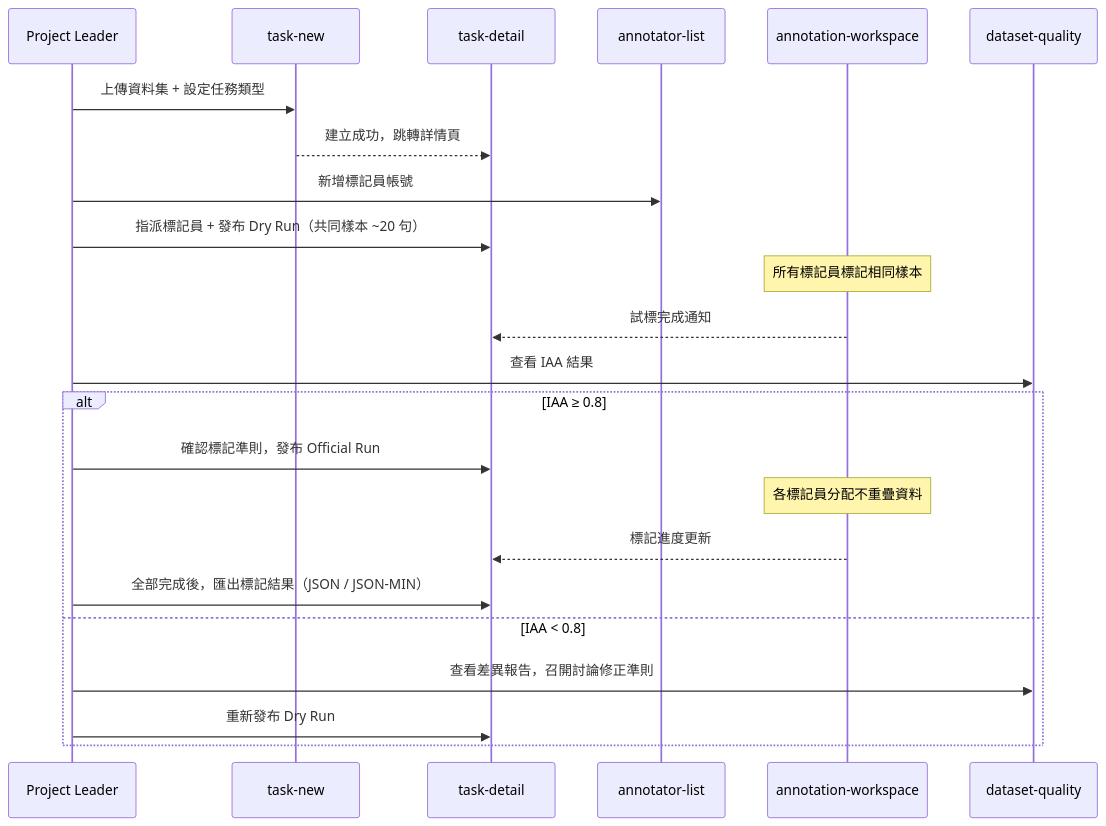
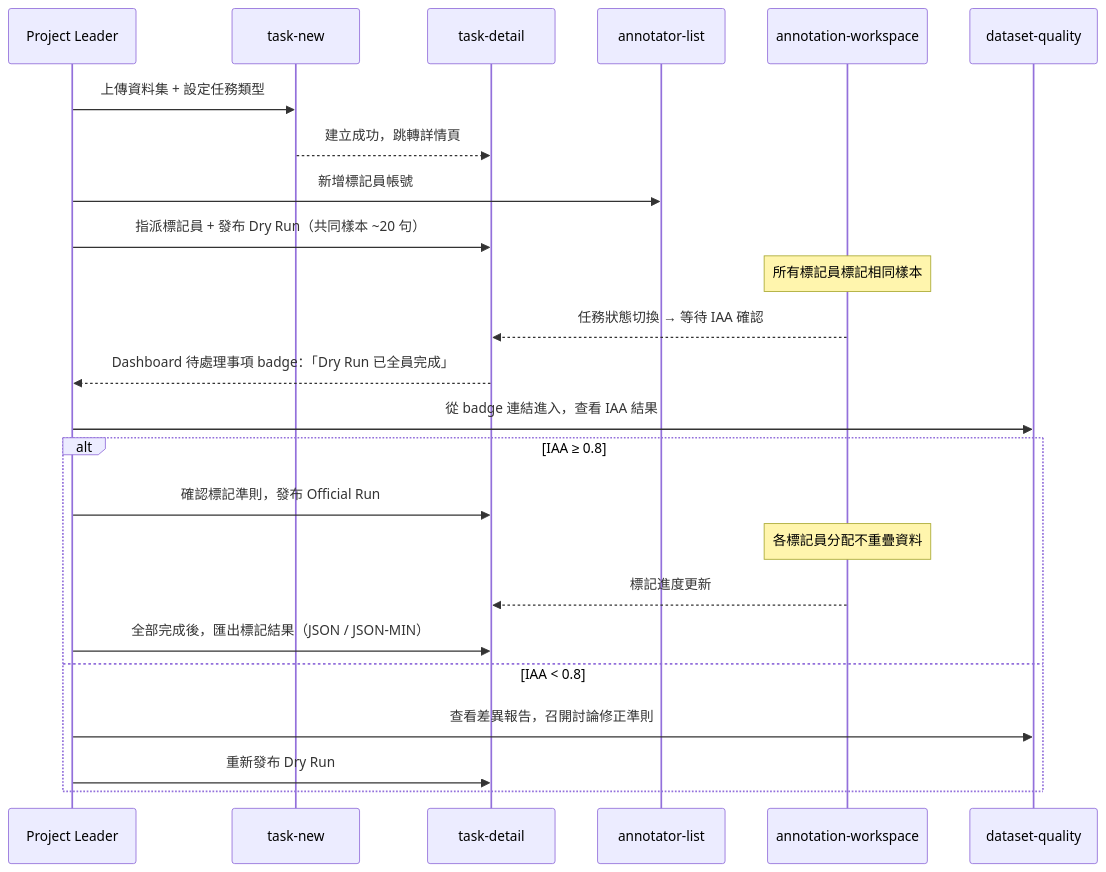
One commit to singyichen/label-suite changed the second of 5 diagrams in docs/ia/information-architecture.md. Above: the diagram before and after it, drawn with Mermaid. The commit also changed other lines of this file and 1 other file, not shown here.

First line of the commit message:
docs: address UX review findings — task types, Reviewer nav, Dry Run state

````diff
--- a/docs/ia/information-architecture.md
+++ b/docs/ia/information-architecture.md
@@ -300,26 +305,27 @@
 ```mermaid
 sequenceDiagram
   participant PL as Project Leader
   participant TN as task-new
   participant TD as task-detail
   participant AL as annotator-list
   participant AW as annotation-workspace
   participant DQ as dataset-quality
 
   PL->>TN: 上傳資料集 + 設定任務類型
   TN-->>TD: 建立成功，跳轉詳情頁
   PL->>AL: 新增標記員帳號
   PL->>TD: 指派標記員 + 發布 Dry Run（共同樣本 ~20 句）
   Note over AW: 所有標記員標記相同樣本
-  AW-->>TD: 試標完成通知
-  PL->>DQ: 查看 IAA 結果
+  AW-->>TD: 任務狀態切換 → 等待 IAA 確認
+  TD-->>PL: Dashboard 待處理事項 badge：「Dry Run 已全員完成」
+  PL->>DQ: 從 badge 連結進入，查看 IAA 結果
   alt IAA ≥ 0.8
     PL->>TD: 確認標記準則，發布 Official Run
     Note over AW: 各標記員分配不重疊資料
     AW-->>TD: 標記進度更新
     PL->>TD: 全部完成後，匯出標記結果（JSON / JSON-MIN）
   else IAA < 0.8
     PL->>DQ: 查看差異報告，召開討論修正準則
     PL->>TD: 重新發布 Dry Run
   end
 ```
````
